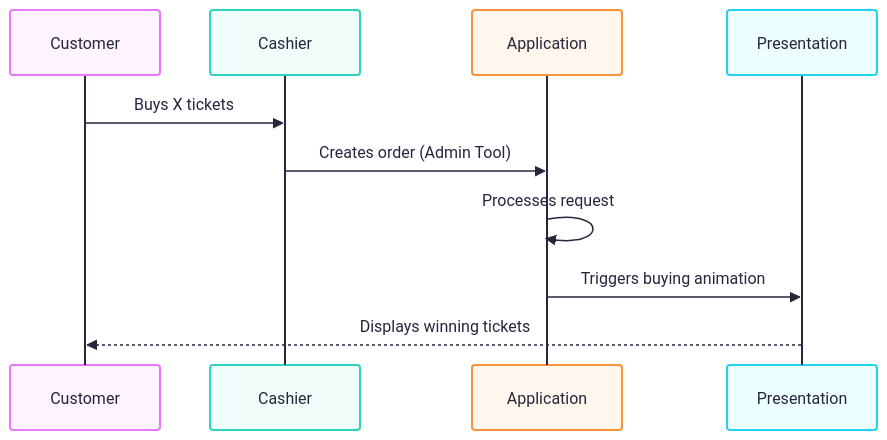
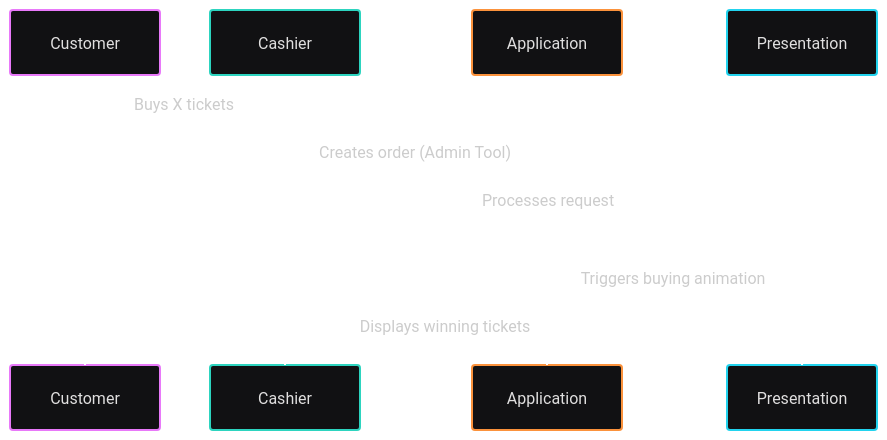
The diagram in README.md (Micele-Gasser/tombola-organizer), drawn with Mermaid before and after one commit.

Commit message:
Change Mermaid theme from redux-color to redux-dark-color

````diff
--- a/README.md
+++ b/README.md
@@ -13,18 +13,18 @@
 ```mermaid
 ---
 config:
-  theme: redux-color
+  theme: redux-dark-color
   look: classic
 ---
 sequenceDiagram
     participant Customer
     participant Cashier
     participant Application
     participant Presentation
 
     Customer->>Cashier: Buys X tickets
     Cashier->>Application: Creates order (Admin Tool)
     Application->>Application:Processes request
     Application->>Presentation: Triggers buying animation
     Presentation-->>Customer: Displays winning tickets
 ```
````
